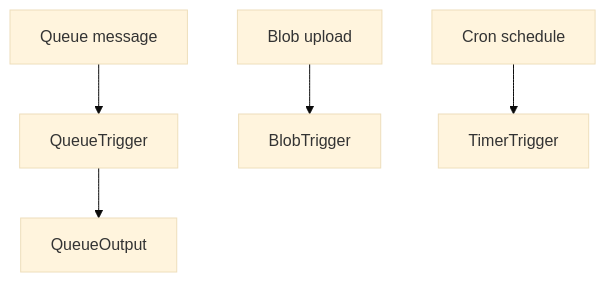
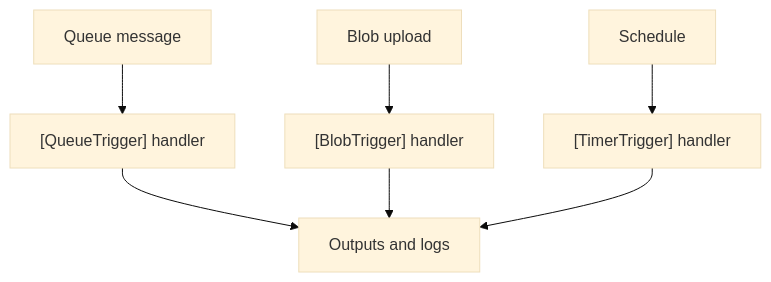
Before and after one commit to yeongseon/azure-functions-practical-guide: the diagram in docs/language-guides/dotnet/tutorial/consumption/07-extending-triggers.md, drawn with Mermaid (base theme). The commit also changed other lines of this file and 7 other files, not shown here.

````diff
--- a/docs/language-guides/dotnet/tutorial/consumption/07-extending-triggers.md
+++ b/docs/language-guides/dotnet/tutorial/consumption/07-extending-triggers.md
@@ -94,7 +34,9 @@
 ```mermaid
 flowchart TD
-    A[Queue message] --> B[QueueTrigger]
-    B --> C[QueueOutput]
-    D[Blob upload] --> E[BlobTrigger]
-    F[Cron schedule] --> G[TimerTrigger]
+    A[Queue message] --> B["[QueueTrigger] handler"]
+    C[Blob upload] --> D["[BlobTrigger] handler"]
+    E[Schedule] --> F["[TimerTrigger] handler"]
+    B --> G[Outputs and logs]
+    D --> G
+    F --> G
 ```
````
